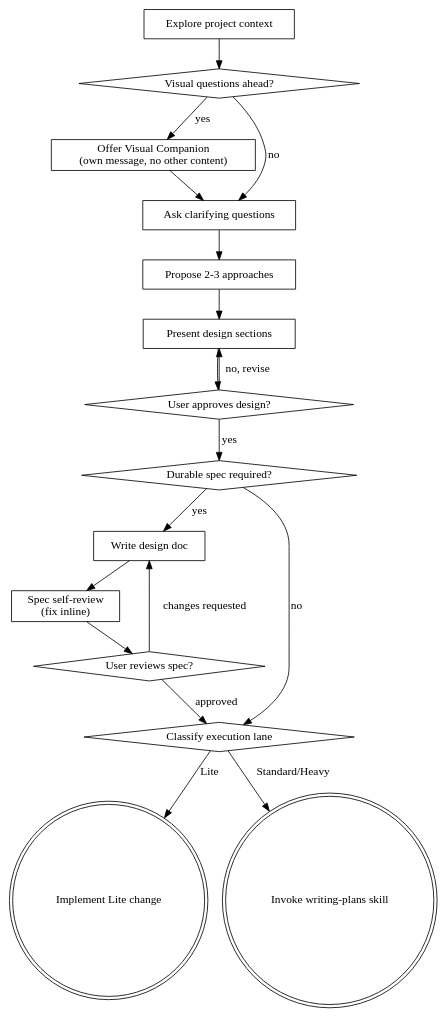
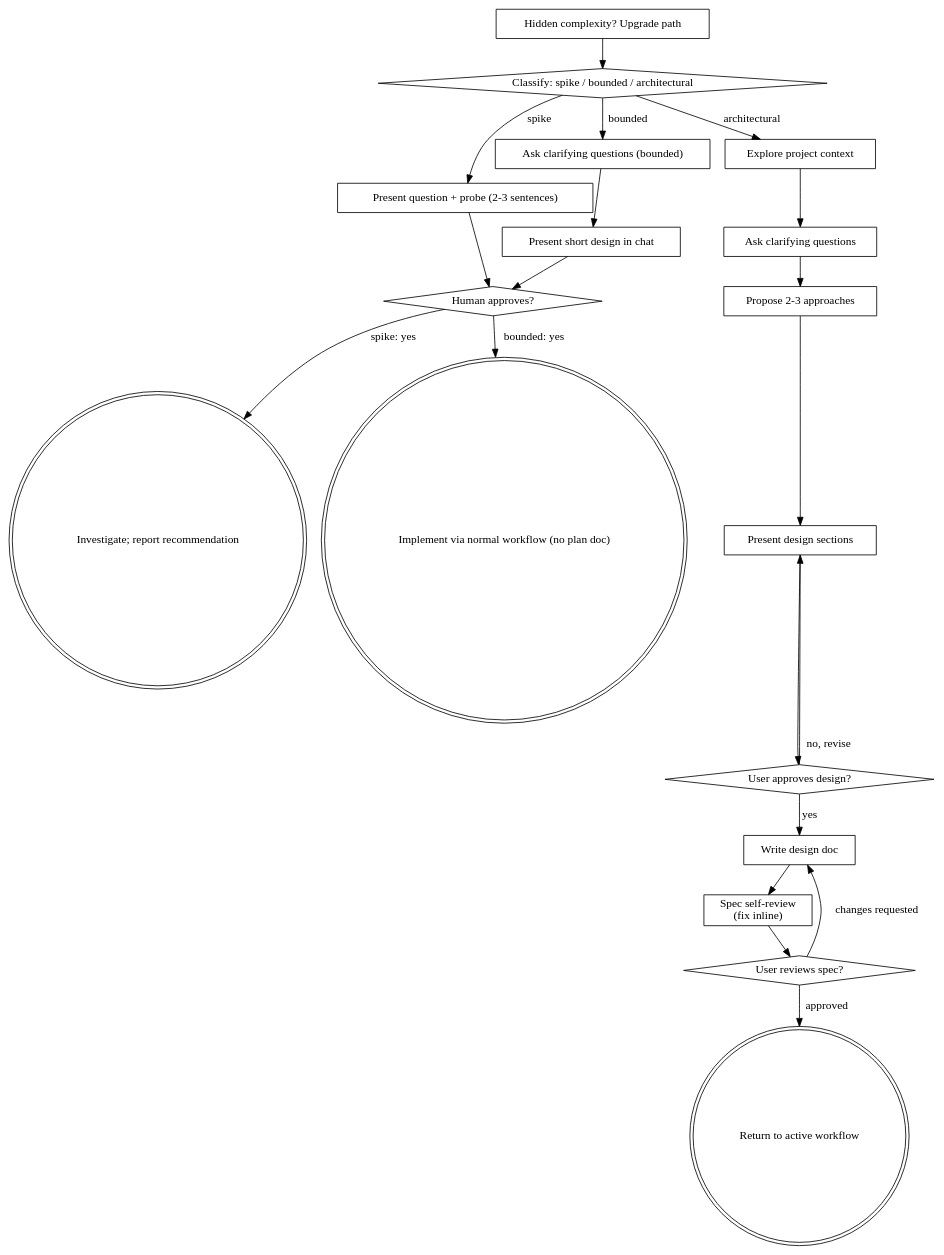
One commit to Reggie-sun/Reggie-skill changed the diagram in superpowers/brainstorming/SKILL.md. Above: the diagram before and after it, drawn with Graphviz. The commit also changed other lines of this file and 34 other files, not shown here.

````diff
--- a/superpowers/brainstorming/SKILL.md
+++ b/superpowers/brainstorming/SKILL.md
@@ -56,36 +118,41 @@
 ```dot
 digraph brainstorming {
+    "Classify: spike / bounded / architectural" [shape=diamond];
+    "Present question + probe (2-3 sentences)" [shape=box];
+    "Ask clarifying questions (bounded)" [shape=box];
+    "Present short design in chat" [shape=box];
+    "Human approves?" [shape=diamond];
+    "Investigate; report recommendation" [shape=doublecircle];
+    "Implement via normal workflow (no plan doc)" [shape=doublecircle];
     "Explore project context" [shape=box];
-    "Visual questions ahead?" [shape=diamond];
-    "Offer Visual Companion\n(own message, no other content)" [shape=box];
     "Ask clarifying questions" [shape=box];
     "Propose 2-3 approaches" [shape=box];
     "Present design sections" [shape=box];
     "User approves design?" [shape=diamond];
-    "Durable spec required?" [shape=diamond];
     "Write design doc" [shape=box];
     "Spec self-review\n(fix inline)" [shape=box];
     "User reviews spec?" [shape=diamond];
-    "Classify execution lane" [shape=diamond];
-    "Implement Lite change" [shape=doublecircle];
-    "Invoke writing-plans skill" [shape=doublecircle];
+    "Return to active workflow" [shape=doublecircle];
+    "Hidden complexity? Upgrade path" [shape=box];
 
-    "Explore project context" -> "Visual questions ahead?";
-    "Visual questions ahead?" -> "Offer Visual Companion\n(own message, no other content)" [label="yes"];
-    "Visual questions ahead?" -> "Ask clarifying questions" [label="no"];
-    "Offer Visual Companion\n(own message, no other content)" -> "Ask clarifying questions";
+    "Classify: spike / bounded / architectural" -> "Present question + probe (2-3 sentences)" [label="spike"];
+    "Classify: spike / bounded / architectural" -> "Ask clarifying questions (bounded)" [label="bounded"];
+    "Classify: spike / bounded / architectural" -> "Explore project context" [label="architectural"];
+    "Present question + probe (2-3 sentences)" -> "Human approves?";
+    "Ask clarifying questions (bounded)" -> "Present short design in chat";
+    "Present short design in chat" -> "Human approves?";
+    "Human approves?" -> "Investigate; report recommendation" [label="spike: yes"];
+    "Human approves?" -> "Implement via normal workflow (no plan doc)" [label="bounded: yes"];
+    "Hidden complexity? Upgrade path" -> "Classify: spike / bounded / architectural";
+    "Explore project context" -> "Ask clarifying questions";
     "Ask clarifying questions" -> "Propose 2-3 approaches";
     "Propose 2-3 approaches" -> "Present design sections";
     "Present design sections" -> "User approves design?";
     "User approves design?" -> "Present design sections" [label="no, revise"];
-    "User approves design?" -> "Durable spec required?" [label="yes"];
-    "Durable spec required?" -> "Write design doc" [label="yes"];
-    "Durable spec required?" -> "Classify execution lane" [label="no"];
+    "User approves design?" -> "Write design doc" [label="yes"];
     "Write design doc" -> "Spec self-review\n(fix inline)";
     "Spec self-review\n(fix inline)" -> "User reviews spec?";
     "User reviews spec?" -> "Write design doc" [label="changes requested"];
-    "User reviews spec?" -> "Classify execution lane" [label="approved"];
-    "Classify execution lane" -> "Implement Lite change" [label="Lite"];
-    "Classify execution lane" -> "Invoke writing-plans skill" [label="Standard/Heavy"];
+    "User reviews spec?" -> "Return to active workflow" [label="approved"];
 }
 ```
````
